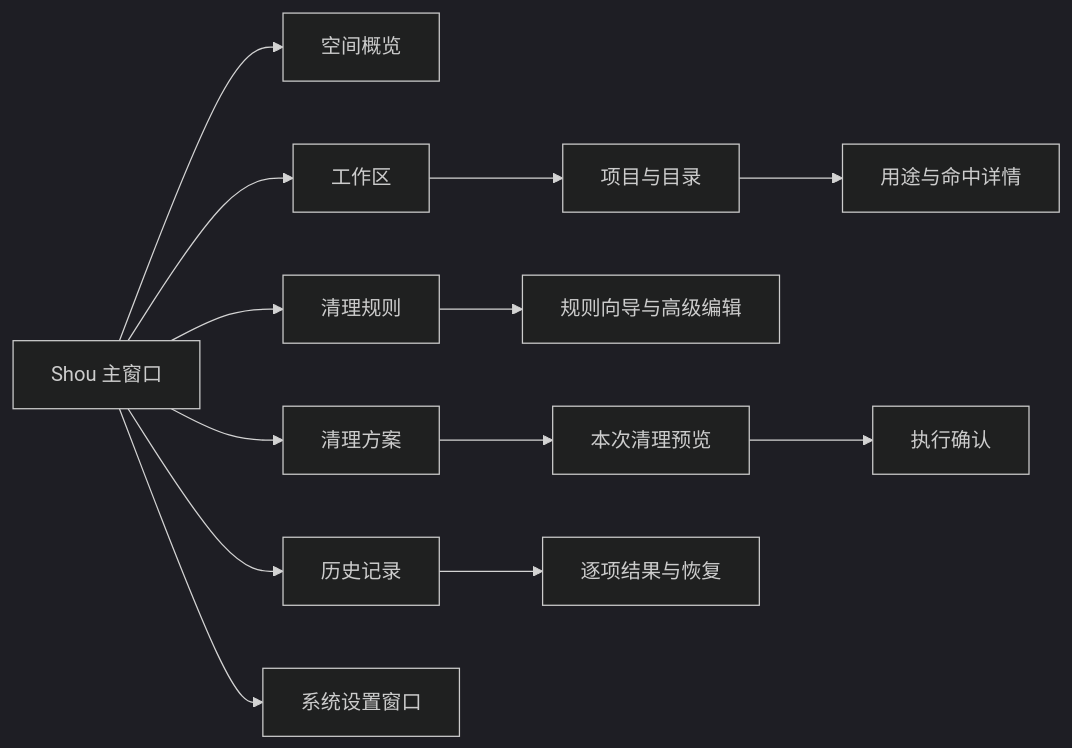
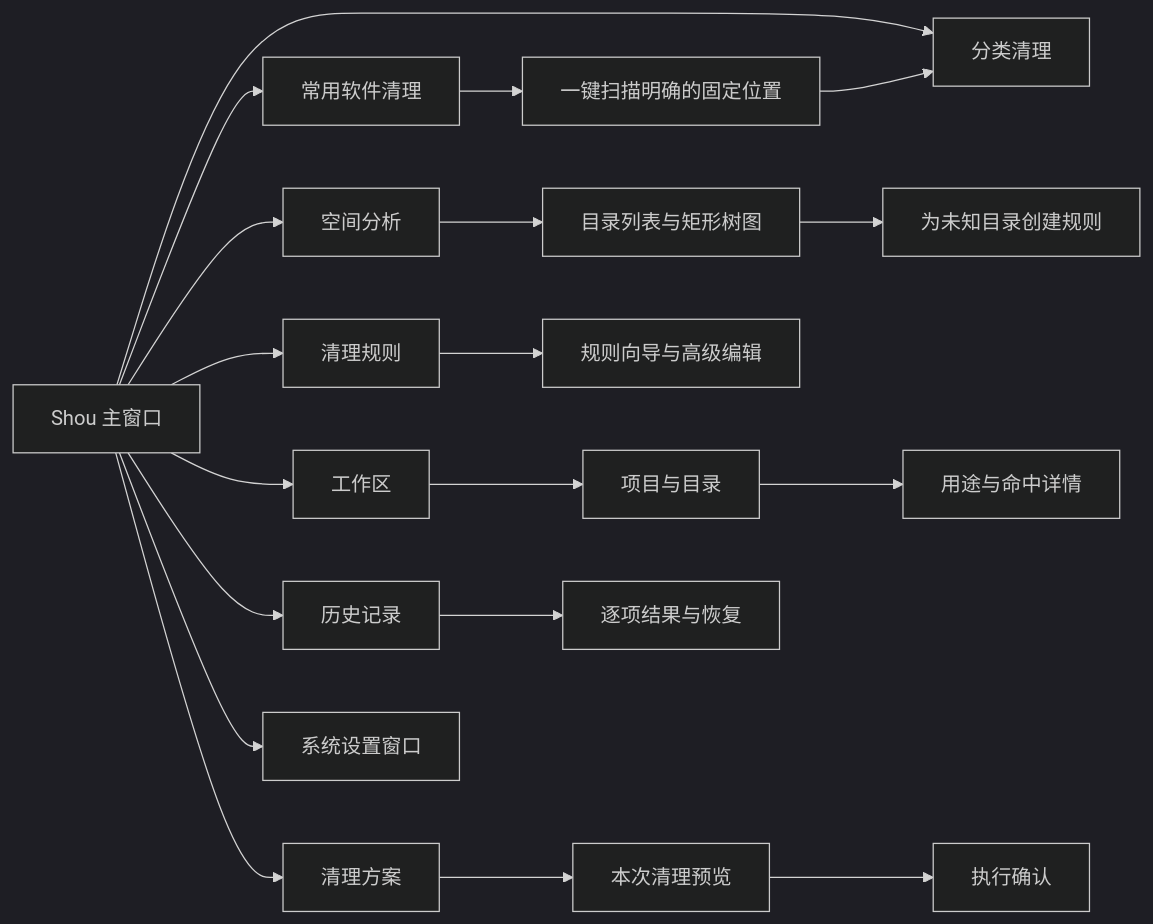
One commit to limecloud/shou changed the first of 2 diagrams in docs/zh-CN/product/macos-experience.md. Above: the diagram before and after it, drawn with Mermaid (dark theme). The commit also changed other lines of this file and 136 other files, not shown here.

````diff
--- a/docs/zh-CN/product/macos-experience.md
+++ b/docs/zh-CN/product/macos-experience.md
@@ -15,15 +15,21 @@
 ```mermaid
 flowchart LR
-    App[Shou 主窗口] --> Overview[空间概览]
+    App[Shou 主窗口] --> Overview[分类清理]
+    App --> Common[常用软件清理]
+    Common --> Inventory[一键扫描明确的固定位置]
+    Inventory --> Overview
+    App --> Analysis[空间分析]
+    Analysis --> Browse[目录列表与矩形树图]
+    Browse --> Draft[为未知目录创建规则]
     App --> Workspaces[工作区]
     App --> Rules[清理规则]
     App --> Plans[清理方案]
     App --> History[历史记录]
     Workspaces --> Projects[项目与目录]
     Projects --> Inspector[用途与命中详情]
     Rules --> Editor[规则向导与高级编辑]
     Plans --> Preview[本次清理预览]
     Preview --> Confirmation[执行确认]
     History --> Receipt[逐项结果与恢复]
     App --> Settings[系统设置窗口]
 ```
````
